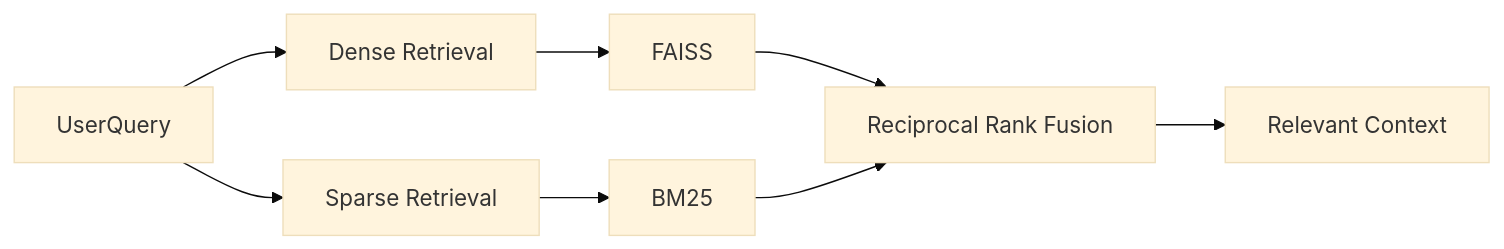
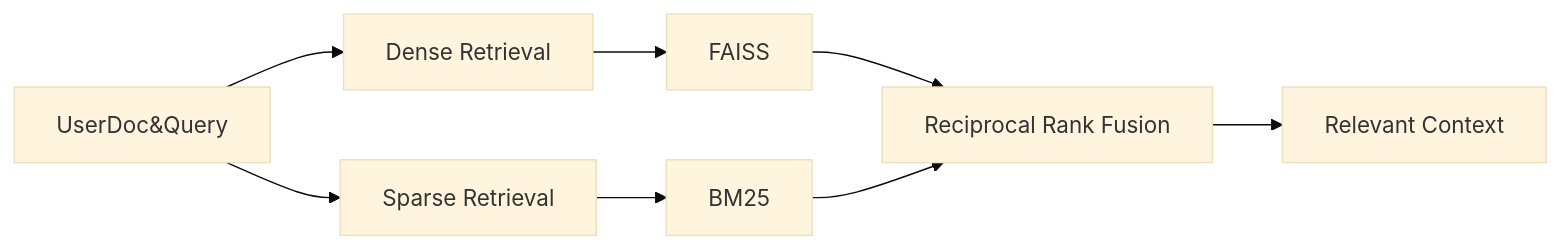
The first of 6 diagrams in README.md (Prana-labs/Agent), drawn with Mermaid (base theme) before and after one commit.

Commit message:
groq added

````diff
--- a/README.md
+++ b/README.md
@@ -82,9 +82,9 @@
 ```mermaid
 graph LR
-    UserQuery --> Dense[Dense Retrieval]
-    UserQuery --> Sparse[Sparse Retrieval]
+    UserDoc&Query --> Dense[Dense Retrieval]
+    UserDoc&Query --> Sparse[Sparse Retrieval]
     Dense --> FAISS[FAISS]
     Sparse --> BM25[BM25]
     FAISS & BM25 --> RRF[Reciprocal Rank Fusion]
     RRF --> Context[Relevant Context]
 ```
````
